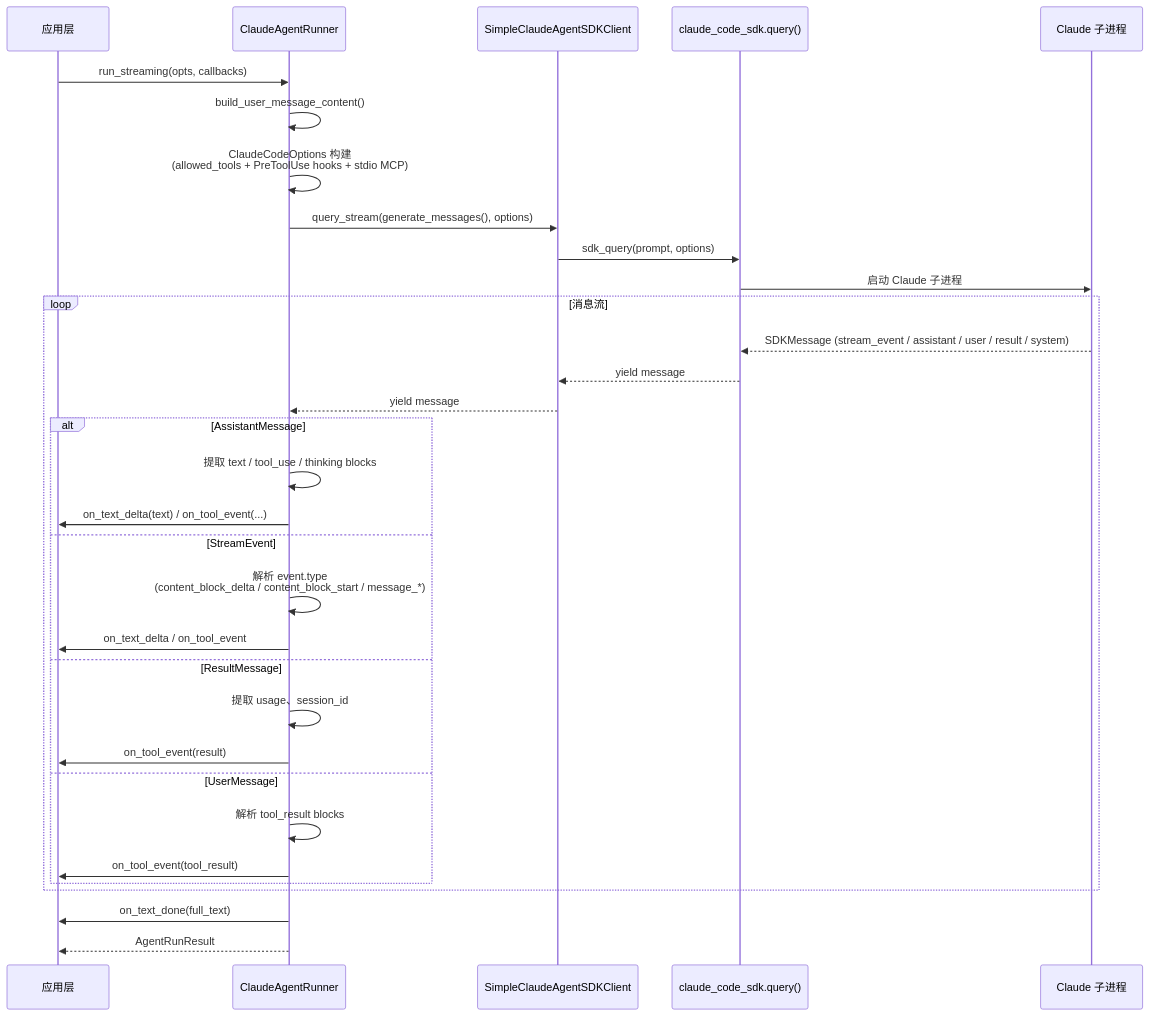
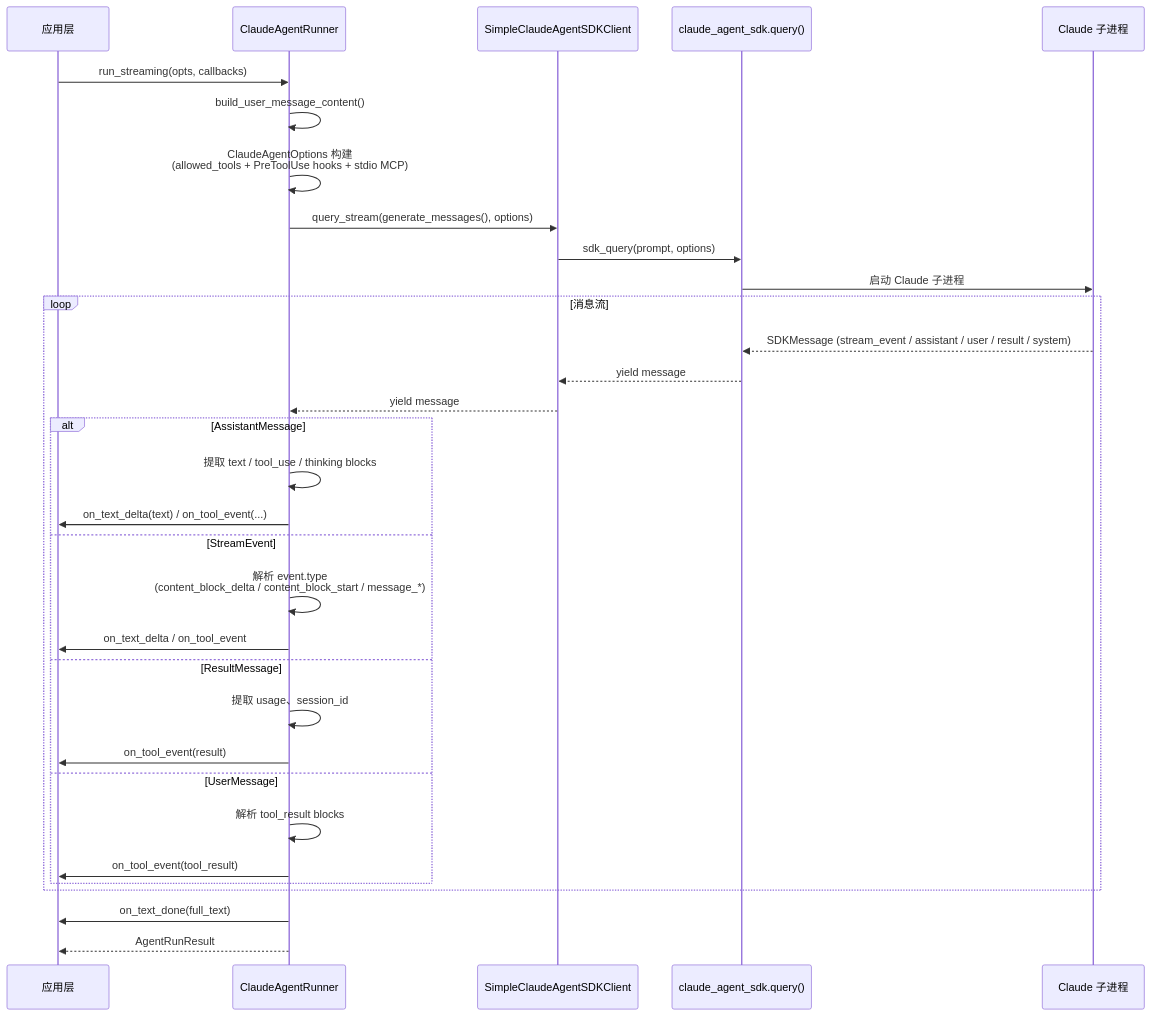
The second of 4 diagrams in docs/design/claude-agent/claude-agent-runner-design.md (glide-the/im-dream), drawn with Mermaid before and after one commit. The commit also changed other lines of this file and 61 other files, not shown here.

First line of the commit message:
fix: update references from claude-code-sdk to claude-agent-sdk in documentation and code comments

````diff
--- a/docs/design/claude-agent/claude-agent-runner-design.md
+++ b/docs/design/claude-agent/claude-agent-runner-design.md
@@ -113,38 +122,38 @@
 ```mermaid
 sequenceDiagram
     participant App as 应用层
     participant Runner as ClaudeAgentRunner
     participant Client as SimpleClaudeAgentSDKClient
-    participant SDK as claude_code_sdk.query()
+    participant SDK as claude_agent_sdk.query()
     participant Claude as Claude 子进程
 
     App->>Runner: run_streaming(opts, callbacks)
     Runner->>Runner: build_user_message_content()
-    Runner->>Runner: ClaudeCodeOptions 构建<br/>(allowed_tools + PreToolUse hooks + stdio MCP)
+    Runner->>Runner: ClaudeAgentOptions 构建<br/>(allowed_tools + PreToolUse hooks + stdio MCP)
     Runner->>Client: query_stream(generate_messages(), options)
     Client->>SDK: sdk_query(prompt, options)
     SDK->>Claude: 启动 Claude 子进程
 
     loop 消息流
         Claude-->>SDK: SDKMessage (stream_event / assistant / user / result / system)
         SDK-->>Client: yield message
         Client-->>Runner: yield message
 
         alt AssistantMessage
             Runner->>Runner: 提取 text / tool_use / thinking blocks
             Runner->>App: on_text_delta(text) / on_tool_event(...)
         else StreamEvent
             Runner->>Runner: 解析 event.type<br/>(content_block_delta / content_block_start / message_*)
             Runner->>App: on_text_delta / on_tool_event
         else ResultMessage
             Runner->>Runner: 提取 usage、session_id
             Runner->>App: on_tool_event(result)
         else UserMessage
             Runner->>Runner: 解析 tool_result blocks
             Runner->>App: on_tool_event(tool_result)
         end
     end
 
     Runner->>App: on_text_done(full_text)
     Runner-->>App: AgentRunResult
 ```
````
